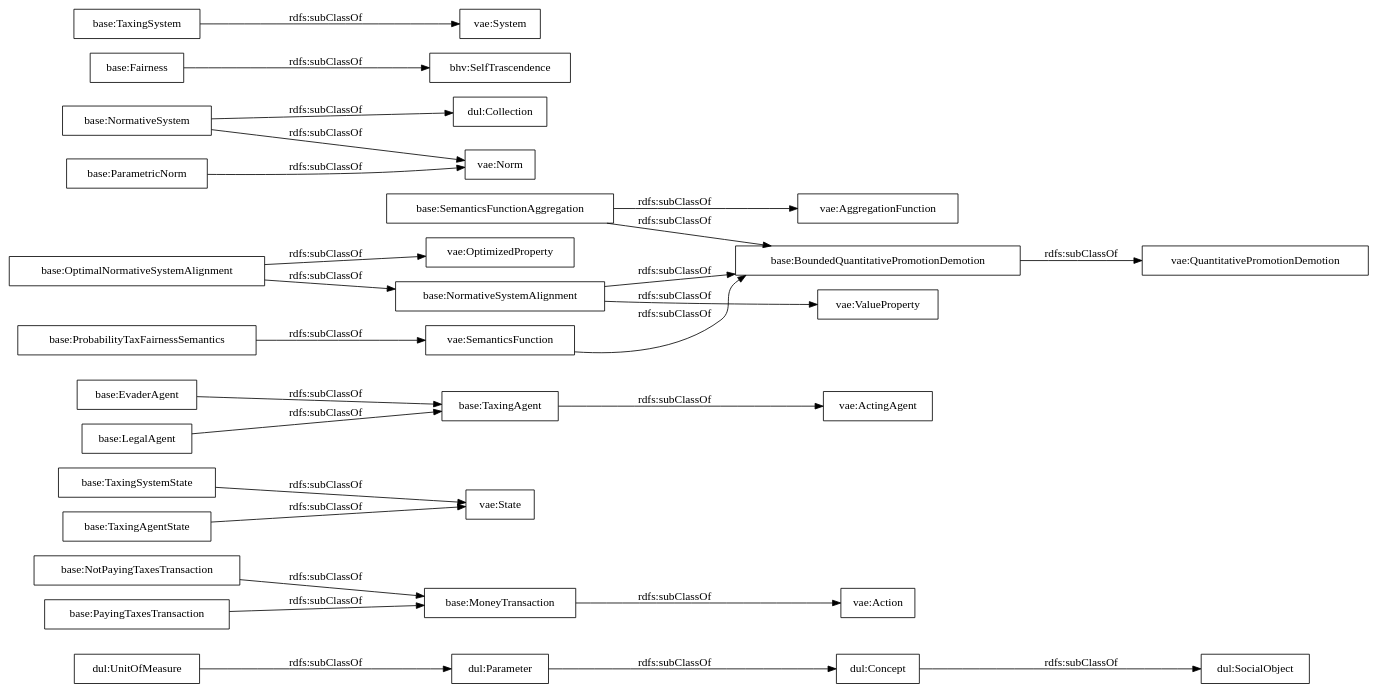
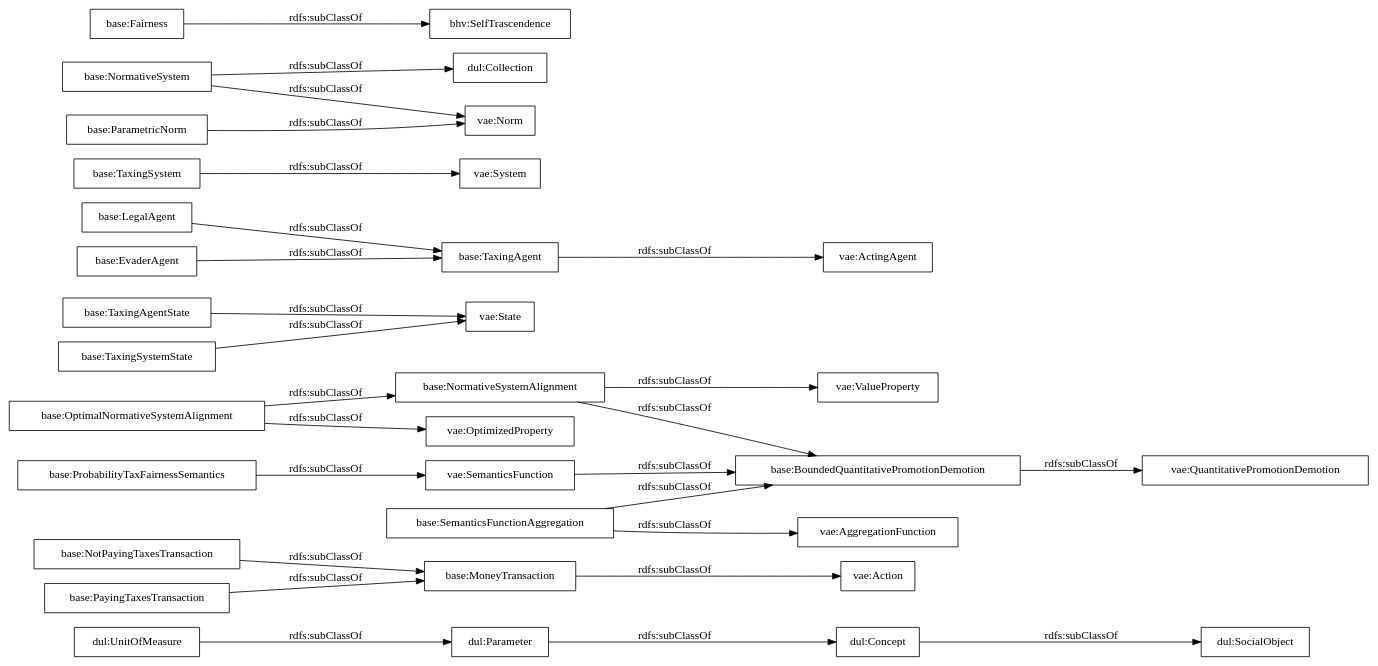
One commit to andresh26-uam/vae-ontology changed the diagram in OnToology/cases/MontesAndSierra.rdf/diagrams/ar2dtool-taxonomy/MontesAndSierra.rdf.png.dot. Above: the diagram before and after it, drawn with Graphviz. The commit also changed 42 other files, not shown here.

```diff
--- a/OnToology/cases/MontesAndSierra.rdf/diagrams/ar2dtool-taxonomy/MontesAndSierra.rdf.png.dot
+++ b/OnToology/cases/MontesAndSierra.rdf/diagrams/ar2dtool-taxonomy/MontesAndSierra.rdf.png.dot
@@ -1,31 +1,31 @@
 digraph ar2dtool_diagram { 
 rankdir=LR;
 size="1000"
-node [shape = rectangle, color="black"]; "dul:Concept" "base:NotPayingTaxesTransaction" "base:TaxingSystemState" "base:EvaderAgent" "base:MoneyTransaction" "dul:UnitOfMeasure" "base:TaxingAgentState" "base:SemanticsFunctionAggregation" "base:NormativeSystem" "base:Fairness" "base:BoundedQuantitativePromotionDemotion" "dul:Parameter" "base:TaxingAgent" "base:TaxingSystem" "base:ProbabilityTaxFairnessSemantics" "base:NormativeSystemAlignment" "base:OptimalNormativeSystemAlignment" "base:ParametricNorm" "base:LegalAgent" "base:PayingTaxesTransaction" ; /*classes style*/
+node [shape = rectangle, color="black"]; "dul:Concept" "base:NotPayingTaxesTransaction" "base:BoundedQuantitativePromotionDemotion" "base:TaxingAgentState" "base:TaxingAgent" "base:NormativeSystemAlignment" "base:LegalAgent" "dul:UnitOfMeasure" "base:MoneyTransaction" "dul:Parameter" "base:TaxingSystem" "base:PayingTaxesTransaction" "base:NormativeSystem" "base:SemanticsFunctionAggregation" "base:TaxingSystemState" "base:ParametricNorm" "base:EvaderAgent" "base:OptimalNormativeSystemAlignment" "base:ProbabilityTaxFairnessSemantics" "base:Fairness" ; /*classes style*/
+	"base:EvaderAgent" -> "base:TaxingAgent" [ label = "rdfs:subClassOf" ];
+	"base:TaxingAgent" -> "vae:ActingAgent" [ label = "rdfs:subClassOf" ];
+	"dul:Concept" -> "dul:SocialObject" [ label = "rdfs:subClassOf" ];
 	"base:LegalAgent" -> "base:TaxingAgent" [ label = "rdfs:subClassOf" ];
+	"base:TaxingSystem" -> "vae:System" [ label = "rdfs:subClassOf" ];
+	"base:TaxingSystemState" -> "vae:State" [ label = "rdfs:subClassOf" ];
+	"base:ProbabilityTaxFairnessSemantics" -> "vae:SemanticsFunction" [ label = "rdfs:subClassOf" ];
+	"dul:UnitOfMeasure" -> "dul:Parameter" [ label = "rdfs:subClassOf" ];
+	"base:NotPayingTaxesTransaction" -> "base:MoneyTransaction" [ label = "rdfs:subClassOf" ];
+	"dul:Parameter" -> "dul:Concept" [ label = "rdfs:subClassOf" ];
 	"base:BoundedQuantitativePromotionDemotion" -> "vae:QuantitativePromotionDemotion" [ label = "rdfs:subClassOf" ];
-	"base:ProbabilityTaxFairnessSemantics" -> "vae:SemanticsFunction" [ label = "rdfs:subClassOf" ];
-	"dul:Concept" -> "dul:SocialObject" [ label = "rdfs:subClassOf" ];
-	"base:TaxingSystemState" -> "vae:State" [ label = "rdfs:subClassOf" ];
-	"dul:UnitOfMeasure" -> "dul:Parameter" [ label = "rdfs:subClassOf" ];
+	"base:OptimalNormativeSystemAlignment" -> "base:NormativeSystemAlignment" [ label = "rdfs:subClassOf" ];
+	"base:OptimalNormativeSystemAlignment" -> "vae:OptimizedProperty" [ label = "rdfs:subClassOf" ];
+	"base:Fairness" -> "bhv:SelfTrascendence" [ label = "rdfs:subClassOf" ];
 	"base:SemanticsFunctionAggregation" -> "base:BoundedQuantitativePromotionDemotion" [ label = "rdfs:subClassOf" ];
 	"base:SemanticsFunctionAggregation" -> "vae:AggregationFunction" [ label = "rdfs:subClassOf" ];
-	"base:EvaderAgent" -> "base:TaxingAgent" [ label = "rdfs:subClassOf" ];
-	"base:TaxingAgent" -> "vae:ActingAgent" [ label = "rdfs:subClassOf" ];
-	"base:NotPayingTaxesTransaction" -> "base:MoneyTransaction" [ label = "rdfs:subClassOf" ];
-	"base:OptimalNormativeSystemAlignment" -> "base:NormativeSystemAlignment" [ label = "rdfs:subClassOf" ];
-	"base:OptimalNormativeSystemAlignment" -> "vae:OptimizedProperty" [ label = "rdfs:subClassOf" ];
-	"base:PayingTaxesTransaction" -> "base:MoneyTransaction" [ label = "rdfs:subClassOf" ];
+	"vae:SemanticsFunction" -> "base:BoundedQuantitativePromotionDemotion" [ label = "rdfs:subClassOf" ];
 	"base:NormativeSystem" -> "vae:Norm" [ label = "rdfs:subClassOf" ];
 	"base:NormativeSystem" -> "dul:Collection" [ label = "rdfs:subClassOf" ];
+	"base:PayingTaxesTransaction" -> "base:MoneyTransaction" [ label = "rdfs:subClassOf" ];
 	"base:TaxingAgentState" -> "vae:State" [ label = "rdfs:subClassOf" ];
-	"dul:Parameter" -> "dul:Concept" [ label = "rdfs:subClassOf" ];
-	"base:MoneyTransaction" -> "vae:Action" [ label = "rdfs:subClassOf" ];
-	"base:Fairness" -> "bhv:SelfTrascendence" [ label = "rdfs:subClassOf" ];
-	"vae:SemanticsFunction" -> "base:BoundedQuantitativePromotionDemotion" [ label = "rdfs:subClassOf" ];
-	"base:ParametricNorm" -> "vae:Norm" [ label = "rdfs:subClassOf" ];
 	"base:NormativeSystemAlignment" -> "base:BoundedQuantitativePromotionDemotion" [ label = "rdfs:subClassOf" ];
 	"base:NormativeSystemAlignment" -> "vae:ValueProperty" [ label = "rdfs:subClassOf" ];
-	"base:TaxingSystem" -> "vae:System" [ label = "rdfs:subClassOf" ];
+	"base:MoneyTransaction" -> "vae:Action" [ label = "rdfs:subClassOf" ];
+	"base:ParametricNorm" -> "vae:Norm" [ label = "rdfs:subClassOf" ];
 
 }
```
